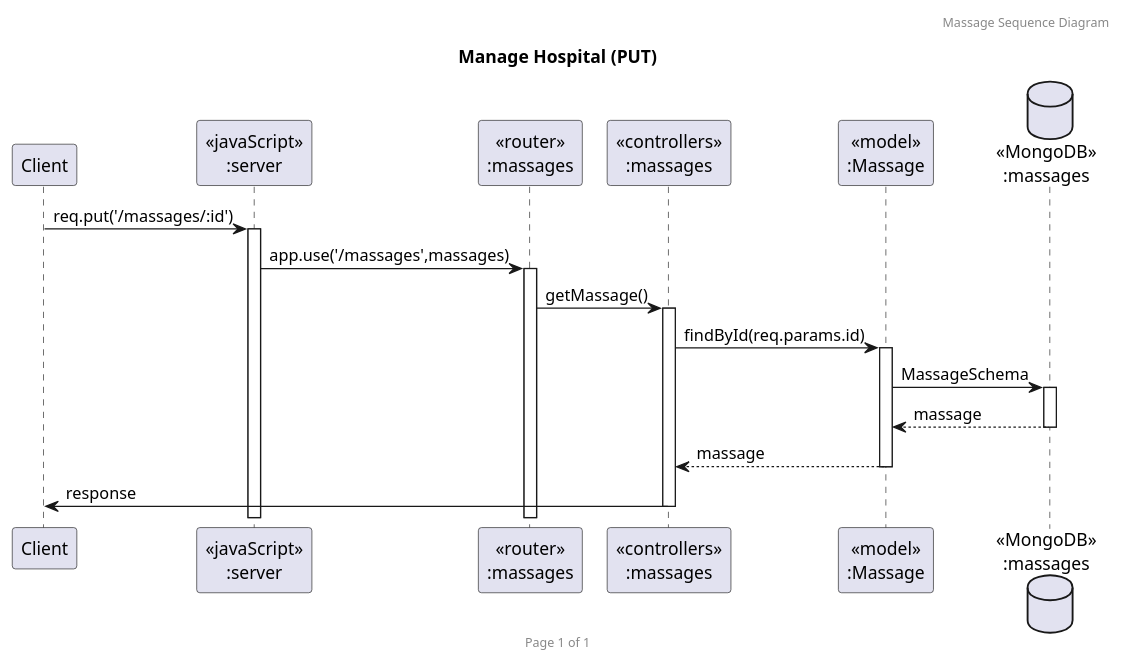
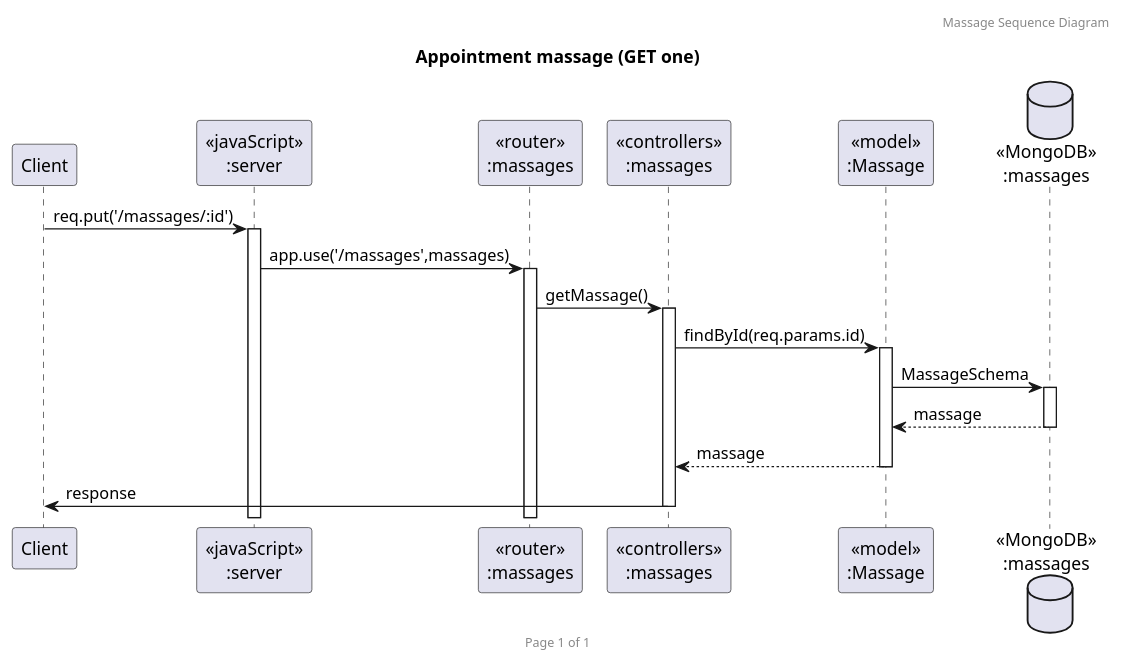
Before and after one commit to 2110503TACEDT66/presentation-day-1-samsaomidnight: the diagram in PlantUml/getone.puml, drawn with PlantUML.

Commit message:
Massage  UML already done

```diff
--- a/PlantUml/getone.puml
+++ b/PlantUml/getone.puml
@@ -2,23 +2,23 @@
 @startuml Appointment massage (GET one)
 
 header Massage Sequence Diagram
 footer Page %page% of %lastpage%
-title "Manage Hospital (PUT)"
+title "Appointment massage (GET one)"
 
 participant "Client" as client
 participant "<<javaScript>>\n:server" as server
 participant "<<router>>\n:massages" as routerMassages
 participant "<<controllers>>\n:massages" as controllersMassages
 participant "<<model>>\n:Massage" as modelMassage
 database "<<MongoDB>>\n:massages" as MassagesDatabase
 
 client->server ++:req.put('/massages/:id')
 server->routerMassages ++:app.use('/massages',massages)
 routerMassages -> controllersMassages ++:getMassage()
 controllersMassages->modelMassage ++:findById(req.params.id)
 modelMassage ->MassagesDatabase ++: MassageSchema
 MassagesDatabase --> modelMassage --: massage
 controllersMassages <-- modelMassage --:massage
 controllersMassages->client --:response
 
 @enduml
```
